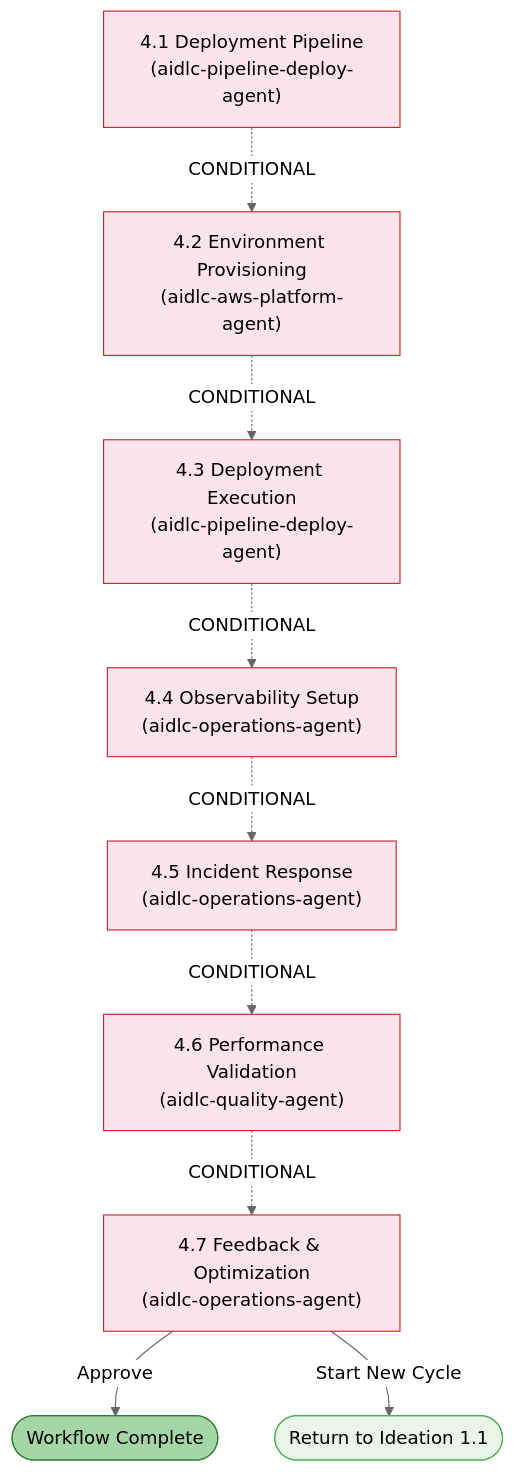
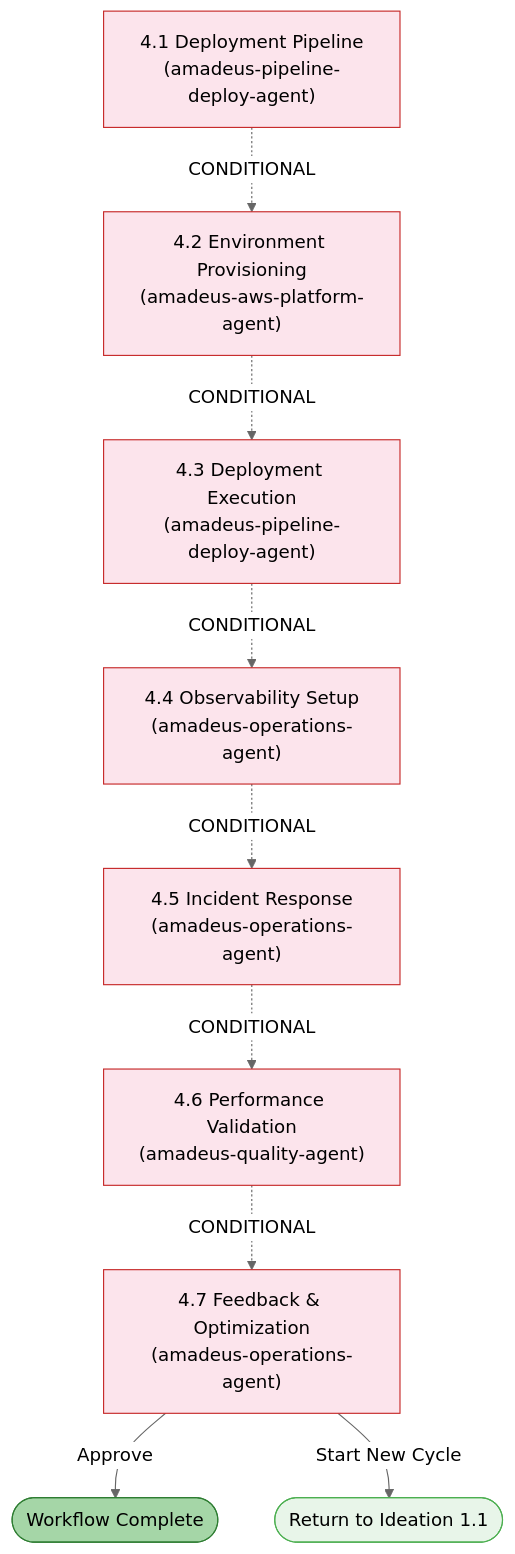
One commit to amadeus-dlc/amadeus changed the sixth of 6 diagrams in docs/guide/04-phases-and-stages.md. Above: the diagram before and after it, drawn with Mermaid (neutral theme). The commit also changed other lines of this file and 855 other files, not shown here.

Commit message:
refactor: rename aidlc prefixes to amadeus

````diff
--- a/docs/guide/04-phases-and-stages.md
+++ b/docs/guide/04-phases-and-stages.md
@@ -338,30 +338,30 @@
 ```mermaid
 flowchart TD
-    S41["4.1 Deployment Pipeline\n(aidlc-pipeline-deploy-agent)"]
-    S42["4.2 Environment Provisioning\n(aidlc-aws-platform-agent)"]
-    S43["4.3 Deployment Execution\n(aidlc-pipeline-deploy-agent)"]
-    S44["4.4 Observability Setup\n(aidlc-operations-agent)"]
-    S45["4.5 Incident Response\n(aidlc-operations-agent)"]
-    S46["4.6 Performance Validation\n(aidlc-quality-agent)"]
-    S47["4.7 Feedback & Optimization\n(aidlc-operations-agent)"]
+    S41["4.1 Deployment Pipeline\n(amadeus-pipeline-deploy-agent)"]
+    S42["4.2 Environment Provisioning\n(amadeus-aws-platform-agent)"]
+    S43["4.3 Deployment Execution\n(amadeus-pipeline-deploy-agent)"]
+    S44["4.4 Observability Setup\n(amadeus-operations-agent)"]
+    S45["4.5 Incident Response\n(amadeus-operations-agent)"]
+    S46["4.6 Performance Validation\n(amadeus-quality-agent)"]
+    S47["4.7 Feedback & Optimization\n(amadeus-operations-agent)"]
 
     S41 -.->|CONDITIONAL| S42
     S42 -.->|CONDITIONAL| S43
     S43 -.->|CONDITIONAL| S44
     S44 -.->|CONDITIONAL| S45
     S45 -.->|CONDITIONAL| S46
     S46 -.->|CONDITIONAL| S47
 
     S47 -->|"Approve"| DONE(["Workflow Complete"])
     S47 -->|"Start New Cycle"| IDEATION(["Return to Ideation 1.1"])
 
     style S41 fill:#fce4ec,stroke:#c62828
     style S42 fill:#fce4ec,stroke:#c62828
     style S43 fill:#fce4ec,stroke:#c62828
     style S44 fill:#fce4ec,stroke:#c62828
     style S45 fill:#fce4ec,stroke:#c62828
     style S46 fill:#fce4ec,stroke:#c62828
     style S47 fill:#fce4ec,stroke:#c62828
     style DONE fill:#a5d6a7,stroke:#2e7d32
     style IDEATION fill:#e8f5e9,stroke:#4caf50
 ```
````
